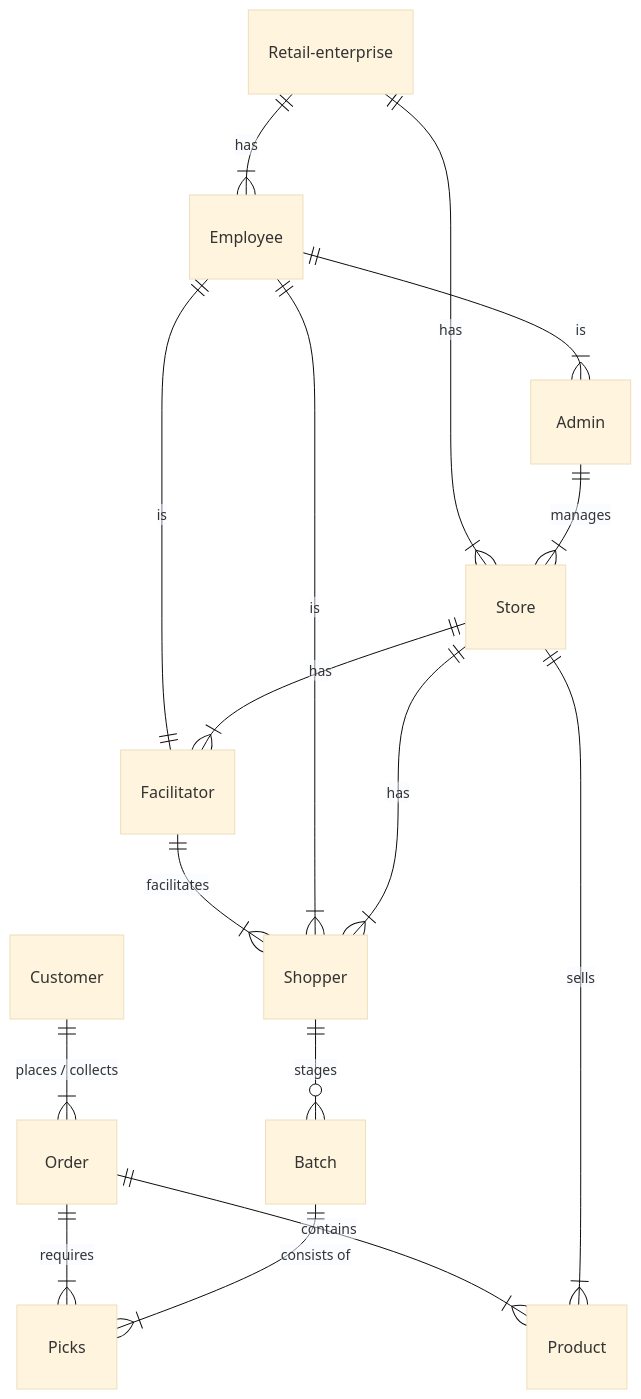
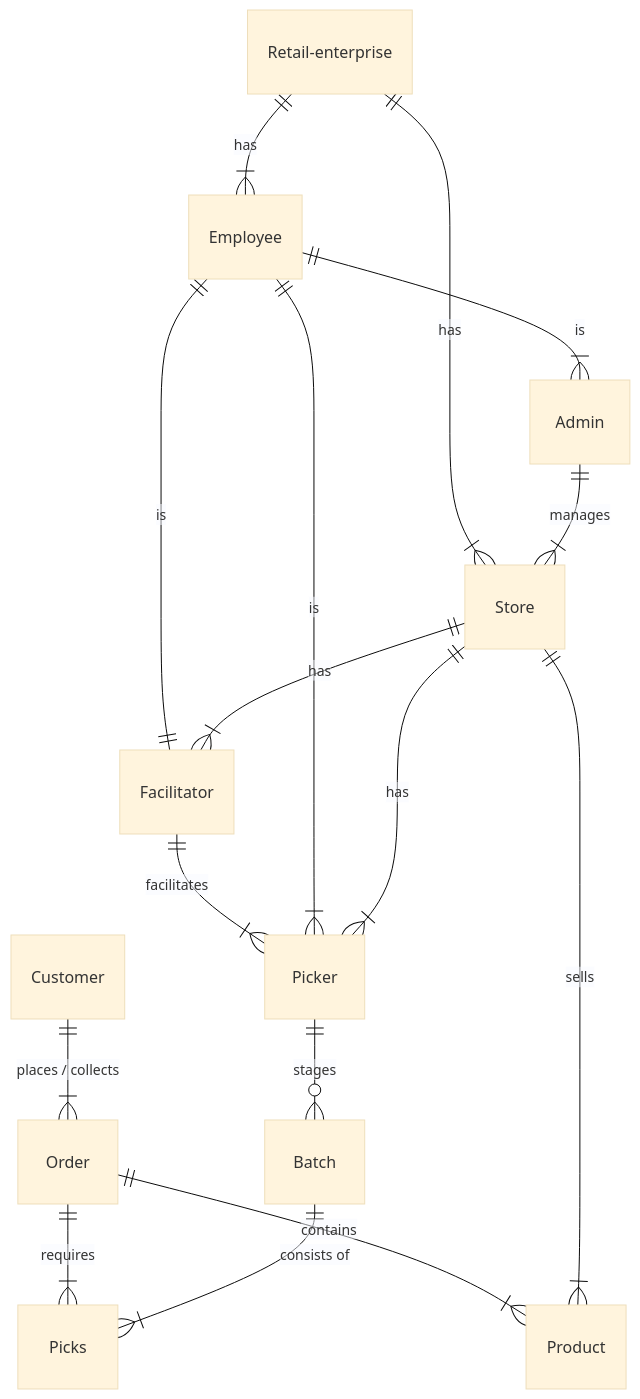
The diagram in docs/patterns/retail/introduction.md (egen-engineering/elevating-from-the-git-go), drawn with Mermaid (base theme) before and after one commit. The commit also changed other lines of this file and 2 other files, not shown here.

````diff
--- a/docs/patterns/retail/introduction.md
+++ b/docs/patterns/retail/introduction.md
@@ -30,21 +29,21 @@
 ```mermaid
 erDiagram
     Customer ||--|{ Order : "places / collects"
     Order ||--|{ Product : contains
     Order ||--|{ Picks : requires
     Batch ||--|{ Picks : "consists of"
-    Shopper ||--o{ Batch : stages
-    Facilitator ||--|{ Shopper : facilitates
+    Picker ||--o{ Batch : stages
+    Facilitator ||--|{ Picker : facilitates
      
     Retail-enterprise ||--|{ Store : has
     Retail-enterprise ||--|{ Employee : has
 
     Employee ||--|{ Admin : is
-    Employee ||--|{ Shopper : is
+    Employee ||--|{ Picker : is
     Employee ||--|| Facilitator : is
     Admin ||--|{ Store : manages
   
-    Store ||--|{ Shopper : has
+    Store ||--|{ Picker : has
     Store ||--|{ Facilitator : has
     Store ||--|{ Product : sells
 ```
````
